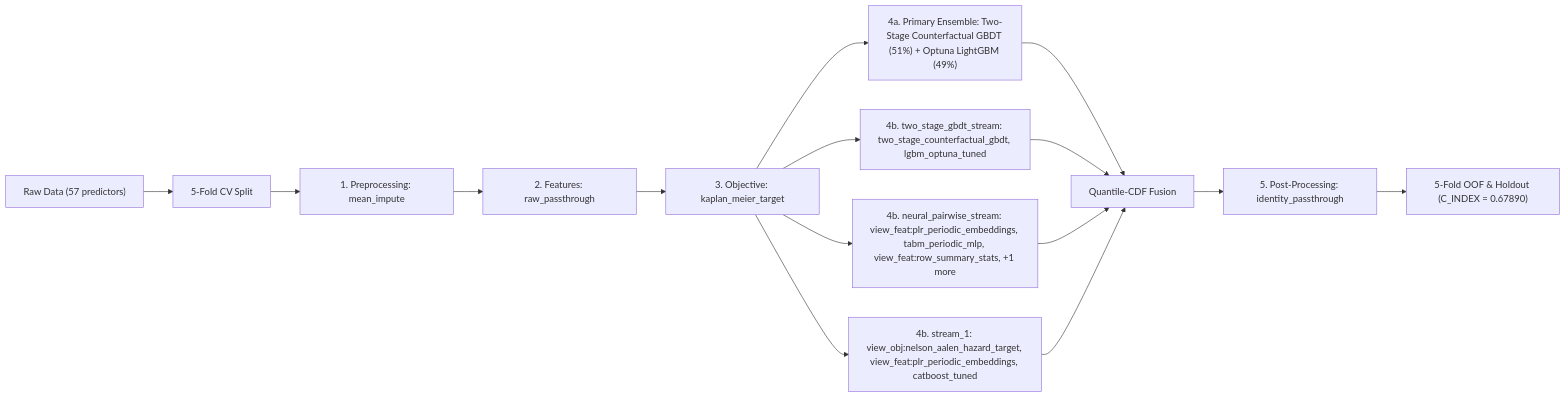
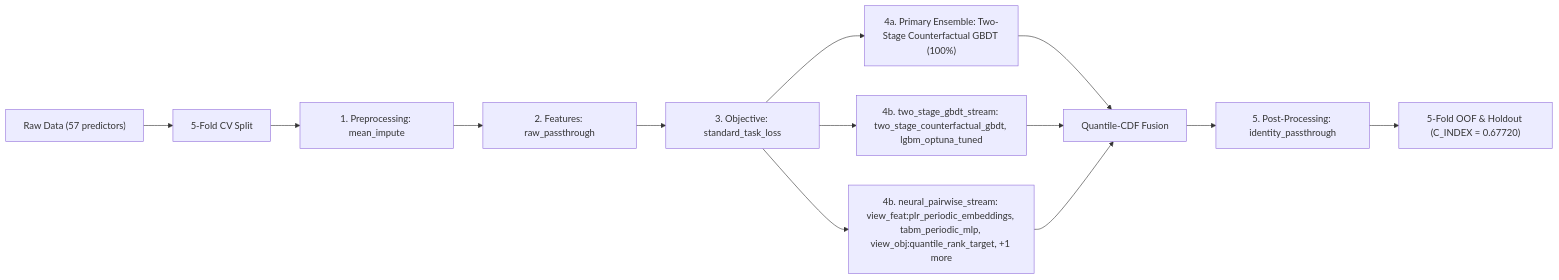
Before and after one commit to stefanoclss/CIBMTR-Equity-in-Post-HCT-Survival-Predictions: the diagram in README.md, drawn with Mermaid. The commit also changed other lines of this file, not shown here.

First line of the commit message:
docs(readme): refresh verified OOF benchmark & build ledger (C_INDEX=0.67720)

````diff
--- a/README.md
+++ b/README.md
@@ -72,17 +70,15 @@
 ```mermaid
 flowchart LR
     DATA["Raw Data (57 predictors)"] --> SPLIT["5-Fold CV Split"]
     SPLIT --> PRE["1. Preprocessing: mean_impute"]
     PRE --> FEAT["2. Features: raw_passthrough"]
-    FEAT --> OBJ["3. Objective: kaplan_meier_target"]
-    OBJ --> M0["4a. Primary Ensemble: Two-Stage Counterfactual GBDT (51%) + Optuna LightGBM (49%)"]
+    FEAT --> OBJ["3. Objective: standard_task_loss"]
+    OBJ --> M0["4a. Primary Ensemble: Two-Stage Counterfactual GBDT (100%)"]
     M0 --> FUSE["Quantile-CDF Fusion"]
     OBJ --> S1["4b. two_stage_gbdt_stream: two_stage_counterfactual_gbdt, lgbm_optuna_tuned"]
     S1 --> FUSE
-    OBJ --> S2["4b. neural_pairwise_stream: view_feat:plr_periodic_embeddings, tabm_periodic_mlp, view_feat:row_summary_stats, +1 more"]
+    OBJ --> S2["4b. neural_pairwise_stream: view_feat:plr_periodic_embeddings, tabm_periodic_mlp, view_obj:quantile_rank_target, +1 more"]
     S2 --> FUSE
-    OBJ --> S3["4b. stream_1: view_obj:nelson_aalen_hazard_target, view_feat:plr_periodic_embeddings, catboost_tuned"]
-    S3 --> FUSE
     FUSE --> POST["5. Post-Processing: identity_passthrough"]
-    POST --> OUT["5-Fold OOF & Holdout (C_INDEX = 0.67890)"]
+    POST --> OUT["5-Fold OOF & Holdout (C_INDEX = 0.67720)"]
 ```
````
